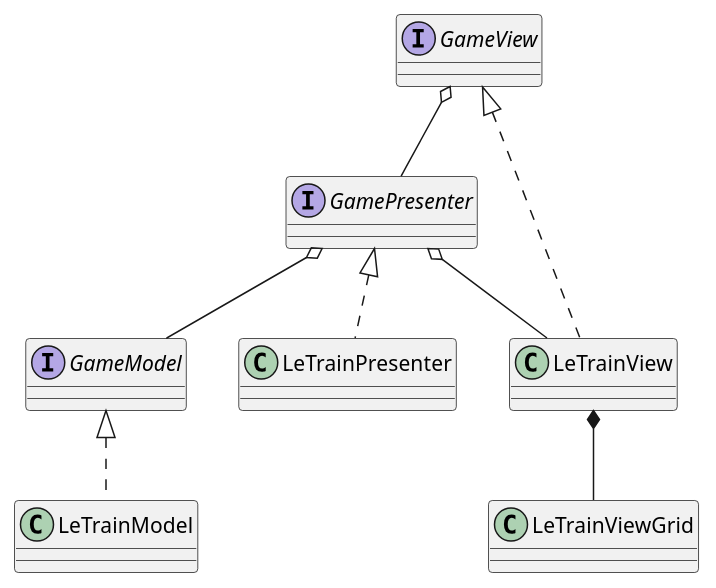
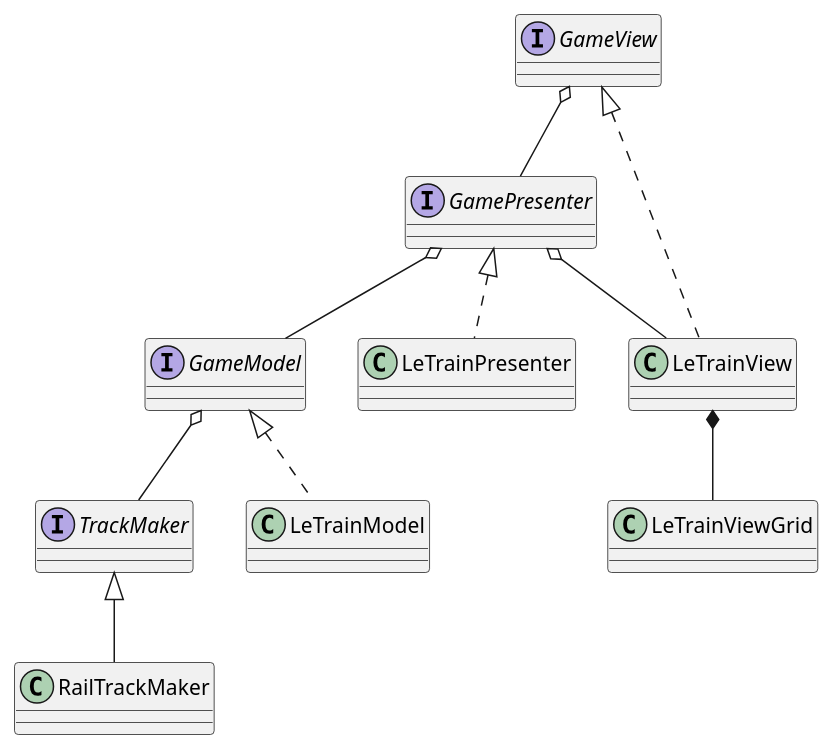
The fourth of 4 diagrams in Help.adoc (antoniovazquezaraujo/LeTrain), drawn with PlantUML before and after one commit. The commit also changed 17 other files, not shown here.

```diff
--- a/Help.adoc
+++ b/Help.adoc
@@ -115,21 +115,25 @@
 [plantuml, mvp, png]
 ....
 interface GamePresenter
 interface GameModel
 interface GameView
+interface TrackMaker
 
 class LeTrainView
 class LeTrainPresenter
 class LeTrainViewGrid
 class LeTrainModel
+class RailTrackMaker
 
 GameModel <|.. LeTrainModel
+GameModel o-- TrackMaker
+TrackMaker <|-- RailTrackMaker
 GamePresenter <|.. LeTrainPresenter
 GameView <|.. LeTrainView
 
 LeTrainView *-- LeTrainViewGrid
 GameView o-- GamePresenter
 GamePresenter o-- LeTrainView
 GamePresenter o-- GameModel
 
 ....
```
